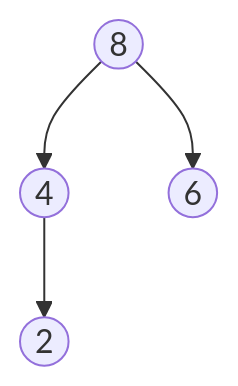
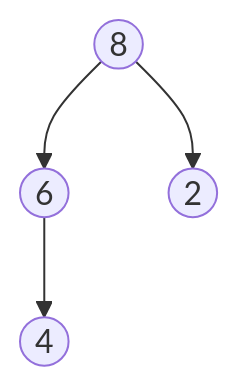
One commit to Austin1153/DSA changed the ninth of 12 diagrams in Notes/Heap Sort/Heap Sort.md. Above: the diagram before and after it, drawn with Mermaid. The commit also changed other lines of this file, not shown here.

````diff
--- a/Notes/Heap Sort/Heap Sort.md
+++ b/Notes/Heap Sort/Heap Sort.md
@@ -228,10 +228,10 @@
 ```mermaid
 graph TD
 	A((8))
-	B((4))
-	C((6))
-	D((2))
+	B((6))
+	C((2))
+	D((4))
 	A --> B
 	A --> C
 	B --> D
 ```
````
